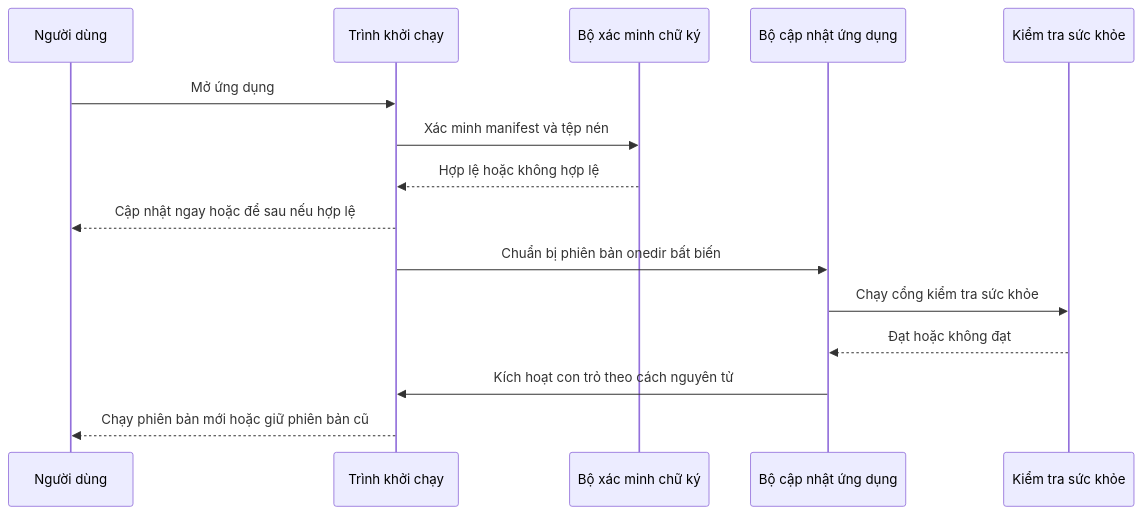
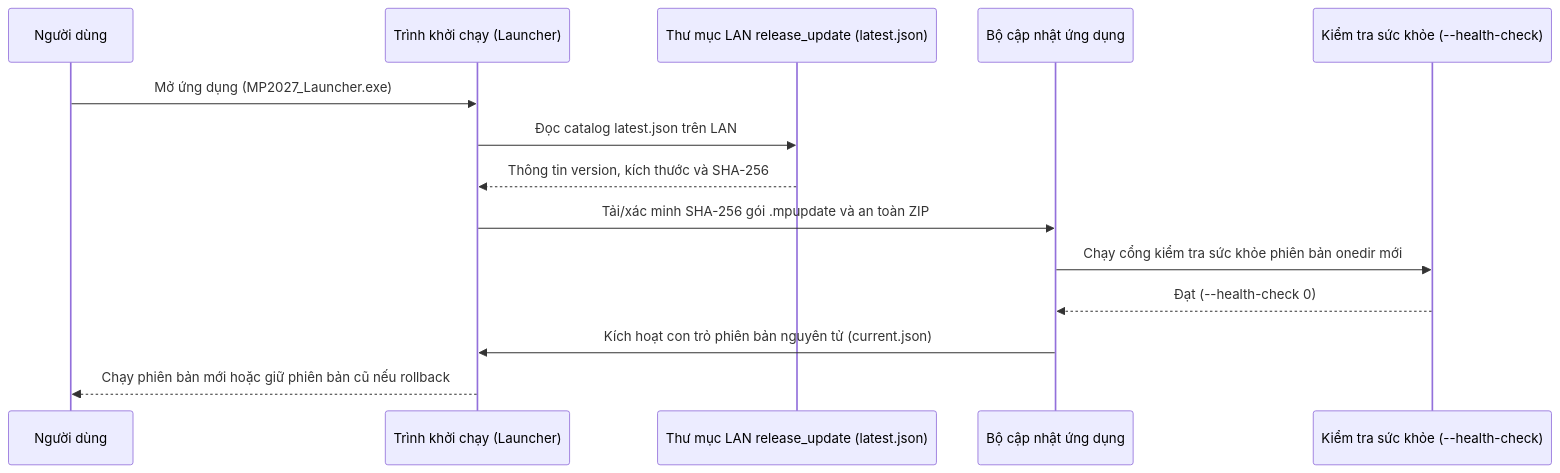
The second of 2 diagrams in docs/architecture/system_architecture.md (Nakazasen/PhanmemsaisanMP), drawn with Mermaid before and after one commit. The commit also changed other lines of this file and 1 other file, not shown here.

Commit message:
docs(architecture): reconcile system architecture and feature registry with HASH_ONLY_LAN policy

````diff
--- a/docs/architecture/system_architecture.md
+++ b/docs/architecture/system_architecture.md
@@ -53,17 +53,16 @@
 ```mermaid
 sequenceDiagram
     participant U as Người dùng
-    participant L as Trình khởi chạy
-    participant S as Bộ xác minh chữ ký
+    participant L as Trình khởi chạy (Launcher)
+    participant C as Thư mục LAN release_update (latest.json)
     participant A as Bộ cập nhật ứng dụng
-    participant H as Kiểm tra sức khỏe
-    U->>L: Mở ứng dụng
-    L->>S: Xác minh manifest và tệp nén
-    S-->>L: Hợp lệ hoặc không hợp lệ
-    L-->>U: Cập nhật ngay hoặc để sau nếu hợp lệ
-    L->>A: Chuẩn bị phiên bản onedir bất biến
-    A->>H: Chạy cổng kiểm tra sức khỏe
-    H-->>A: Đạt hoặc không đạt
-    A->>L: Kích hoạt con trỏ theo cách nguyên tử
-    L-->>U: Chạy phiên bản mới hoặc giữ phiên bản cũ
+    participant H as Kiểm tra sức khỏe (--health-check)
+    U->>L: Mở ứng dụng (MP2027_Launcher.exe)
+    L->>C: Đọc catalog latest.json trên LAN
+    C-->>L: Thông tin version, kích thước và SHA-256
+    L->>A: Tải/xác minh SHA-256 gói .mpupdate và an toàn ZIP
+    A->>H: Chạy cổng kiểm tra sức khỏe phiên bản onedir mới
+    H-->>A: Đạt (--health-check 0)
+    A->>L: Kích hoạt con trỏ phiên bản nguyên tử (current.json)
+    L-->>U: Chạy phiên bản mới hoặc giữ phiên bản cũ nếu rollback
 ```
````
